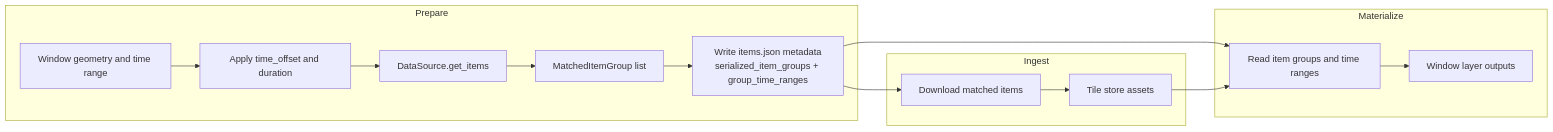
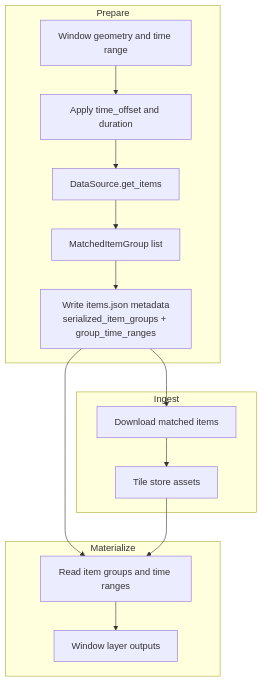
The diagram in docs/dataset_config/DataSourceConfig.md (allenai/rslearn), drawn with Mermaid before and after one commit.

Commit message:
Fix flowchart direction in DataSourceConfig documentation

````diff
--- a/docs/dataset_config/DataSourceConfig.md
+++ b/docs/dataset_config/DataSourceConfig.md
@@ -68,20 +68,20 @@
 ```mermaid
-flowchart LR
+flowchart TD
     subgraph prepare["Prepare"]
         window["Window geometry and time range"] --> request["Apply time_offset and duration"]
         request --> get_items["DataSource.get_items"]
         get_items --> matched_groups["MatchedItemGroup list"]
         matched_groups --> items_json["Write items.json metadata\nserialized_item_groups + group_time_ranges"]
     end
 
     subgraph ingest_phase["Ingest"]
         items_json --> ingest["Download matched items"]
         ingest --> tile_store["Tile store assets"]
     end
 
     subgraph materialize_phase["Materialize"]
         items_json --> materialize["Read item groups and time ranges"]
         tile_store --> materialize
         materialize --> outputs["Window layer outputs"]
     end
 ```
````
